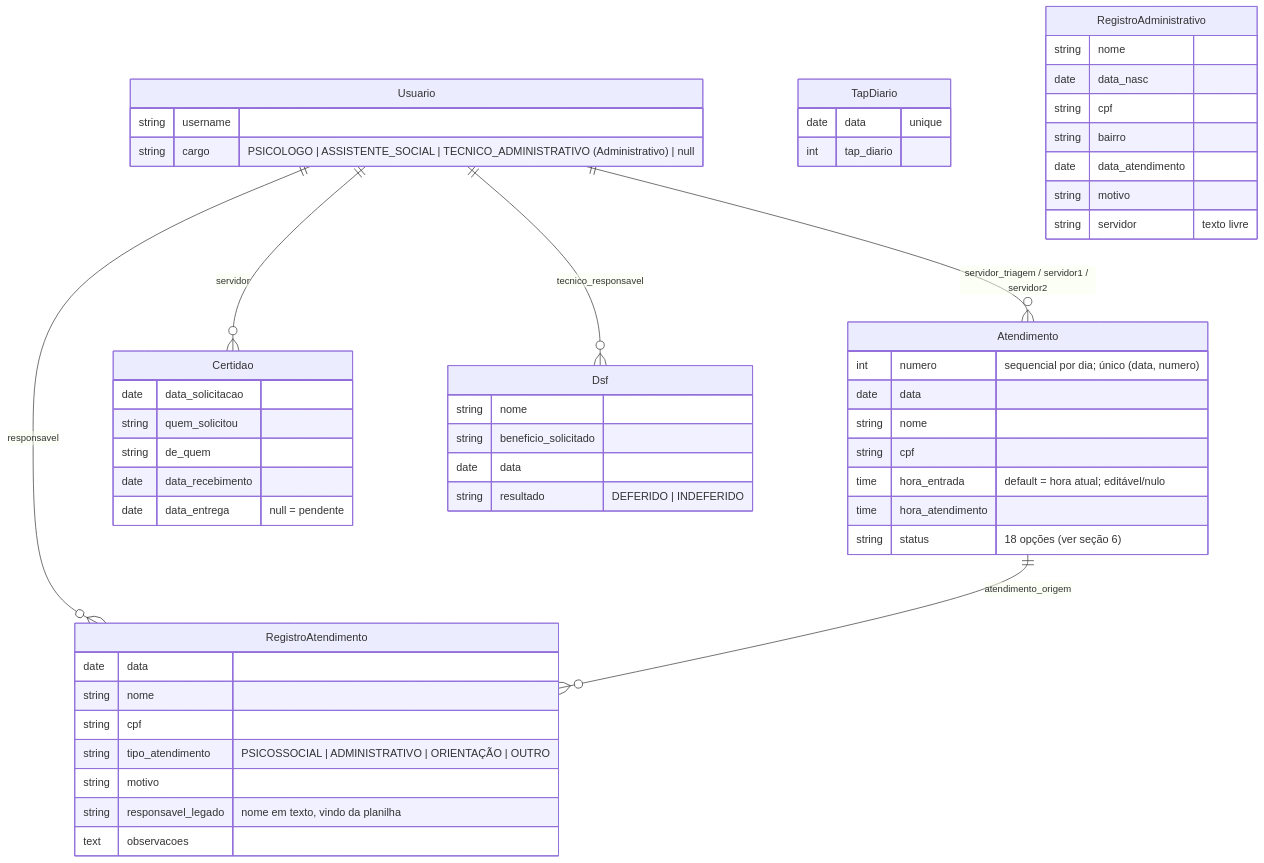
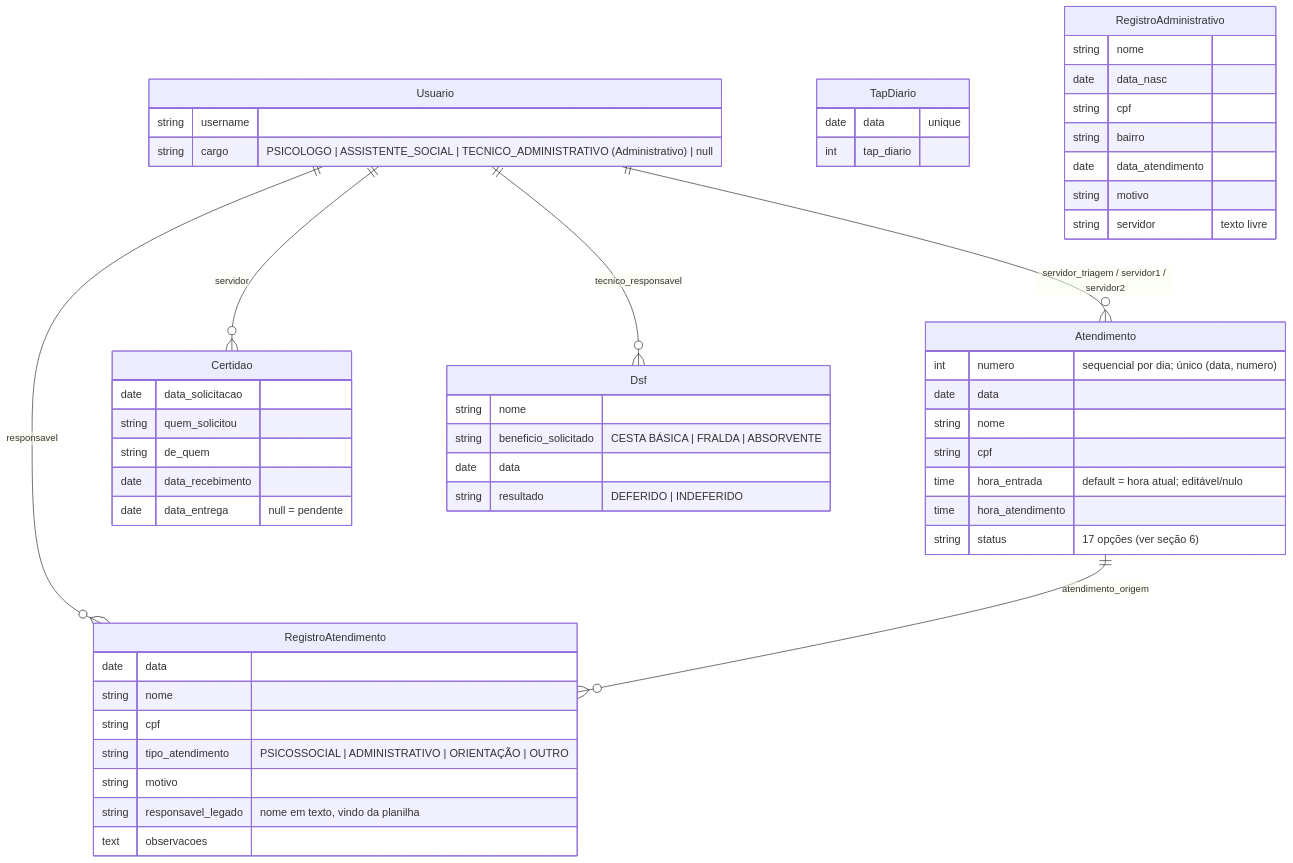
Before and after one commit to rdssystems/Cras-Django: the first of 2 diagrams in MAPA_DO_PROJETO.md, drawn with Mermaid. The commit also changed other lines of this file and 1 other file, not shown here.

Commit message:
Adiciona CLAUDE.md com o guia do projeto para agentes
Guia completo (stack, regras de negócio, convenções, privacidade, comandos, testes, decisões e pendências) com a regra de ler o arquivo antes de mudar e atualizá-lo após cada mudança. O MAPA passa a apontar para ele e tem o diagrama corrigido (17 status, opções de benefício do DSF).

````diff
--- a/MAPA_DO_PROJETO.md
+++ b/MAPA_DO_PROJETO.md
@@ -97,57 +99,57 @@
 ```mermaid
 erDiagram
     Usuario ||--o{ Atendimento : "servidor_triagem / servidor1 / servidor2"
     Usuario ||--o{ RegistroAtendimento : responsavel
     Usuario ||--o{ Certidao : servidor
     Usuario ||--o{ Dsf : tecnico_responsavel
     Atendimento ||--o{ RegistroAtendimento : "atendimento_origem"
 
     Usuario {
         string username
         string cargo "PSICOLOGO | ASSISTENTE_SOCIAL | TECNICO_ADMINISTRATIVO (Administrativo) | null"
     }
     Atendimento {
         int numero "sequencial por dia; único (data, numero)"
         date data
         string nome
         string cpf
         time hora_entrada "default = hora atual; editável/nulo"
         time hora_atendimento
-        string status "18 opções (ver seção 6)"
+        string status "17 opções (ver seção 6)"
     }
     RegistroAtendimento {
         date data
         string nome
         string cpf
         string tipo_atendimento "PSICOSSOCIAL | ADMINISTRATIVO | ORIENTAÇÃO | OUTRO"
         string motivo
         string responsavel_legado "nome em texto, vindo da planilha"
         text observacoes
     }
     Certidao {
         date data_solicitacao
         string quem_solicitou
         string de_quem
         date data_recebimento
         date data_entrega "null = pendente"
     }
     Dsf {
         string nome
-        string beneficio_solicitado
+        string beneficio_solicitado "CESTA BÁSICA | FRALDA | ABSORVENTE"
         date data
         string resultado "DEFERIDO | INDEFERIDO"
     }
     TapDiario {
         date data "unique"
         int tap_diario
     }
     RegistroAdministrativo {
         string nome
         date data_nasc
         string cpf
         string bairro
         date data_atendimento
         string motivo
         string servidor "texto livre"
     }
 ```
````
